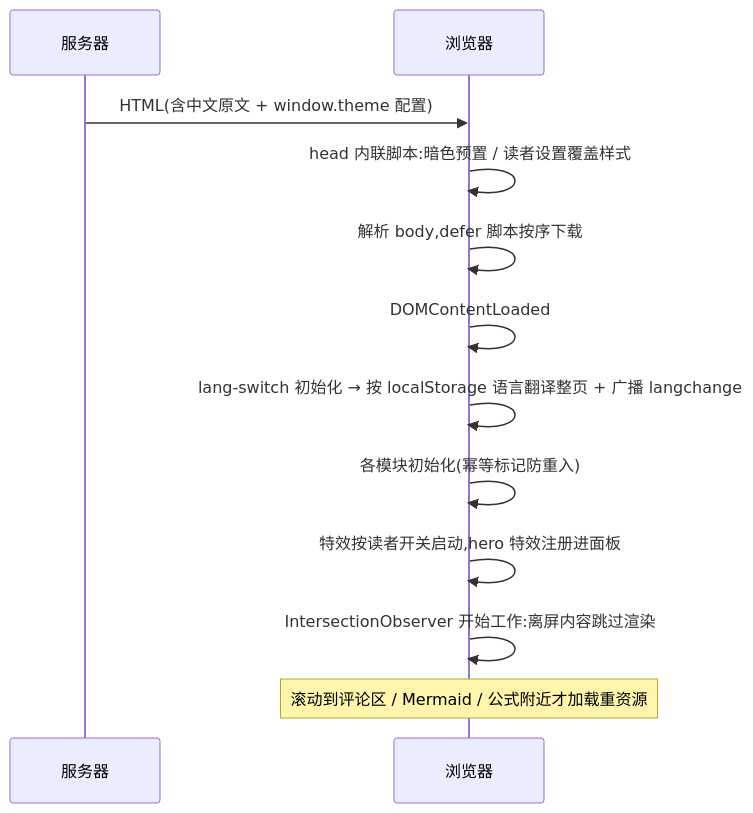
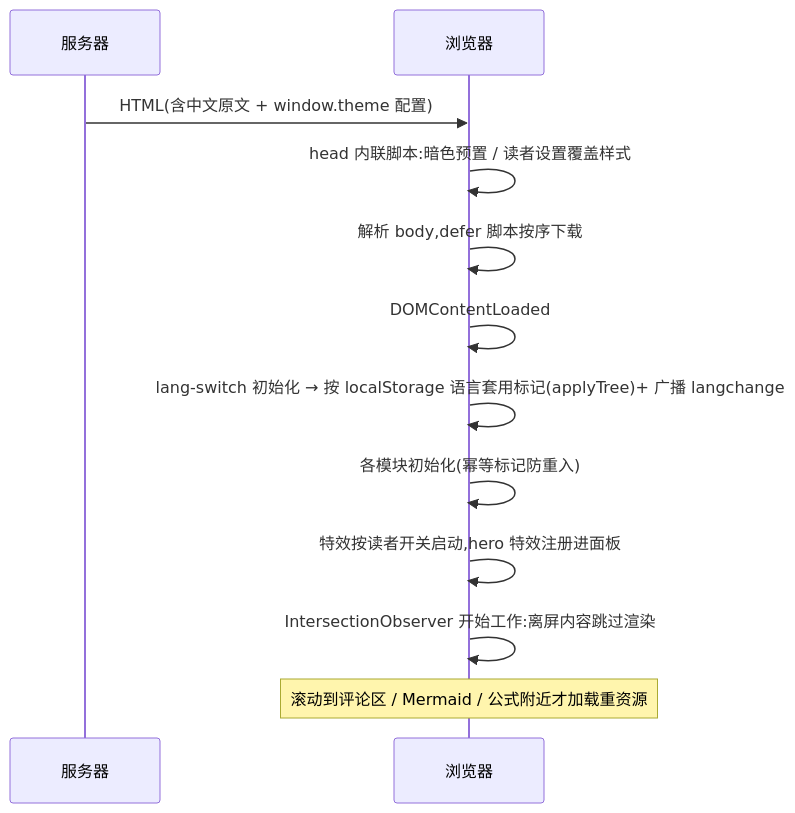
One commit to huyangpahuo/magzine-branch changed the fourth of 4 diagrams in docs/01-架构总览.md. Above: the diagram before and after it, drawn with Mermaid. The commit also changed other lines of this file and 98 other files, not shown here.

````diff
--- a/docs/01-架构总览.md
+++ b/docs/01-架构总览.md
@@ -176,14 +182,14 @@
 ```mermaid
 sequenceDiagram
     participant S as 服务器
     participant B as 浏览器
     S->>B: HTML(含中文原文 + window.theme 配置)
     B->>B: head 内联脚本:暗色预置 / 读者设置覆盖样式
     B->>B: 解析 body,defer 脚本按序下载
     B->>B: DOMContentLoaded
-    B->>B: lang-switch 初始化 → 按 localStorage 语言翻译整页 + 广播 langchange
+    B->>B: lang-switch 初始化 → 按 localStorage 语言套用标记(applyTree)+ 广播 langchange
     B->>B: 各模块初始化(幂等标记防重入)
     B->>B: 特效按读者开关启动,hero 特效注册进面板
     B->>B: IntersectionObserver 开始工作:离屏内容跳过渲染
     Note over B: 滚动到评论区 / Mermaid / 公式附近才加载重资源
 ```
````
